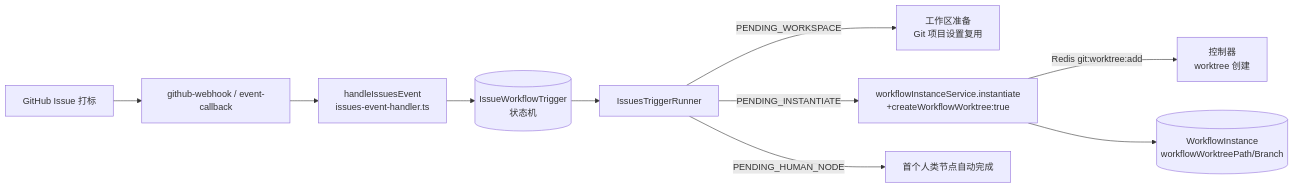
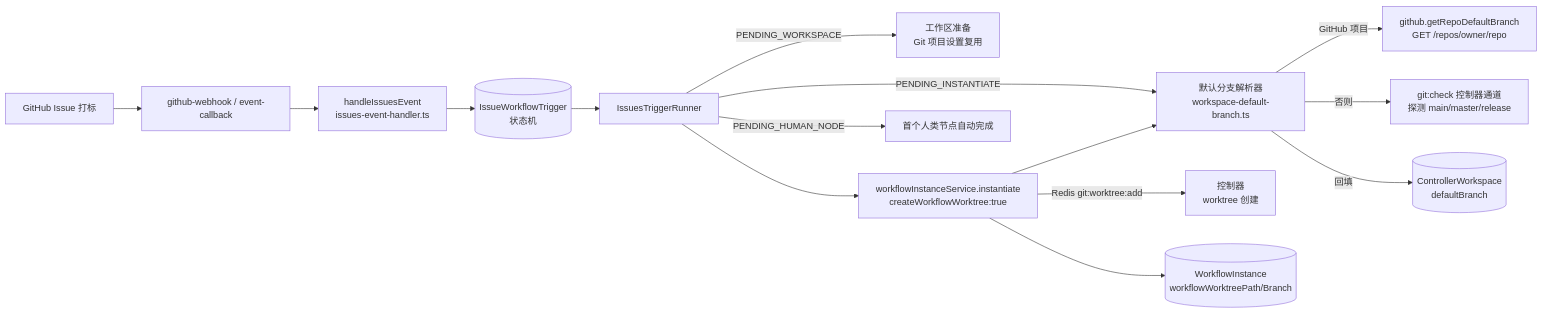
One commit to Deliay/z-agent-gear changed the first of 4 diagrams in docs/engineering/proposals/20261026-fix-issues-workflow-force-worktree.md. Above: the diagram before and after it, drawn with Mermaid. The commit also changed other lines of this file and 3 other files, not shown here.

First line of the commit message:
docs: 按评审意见修订——defaultBranch 缺失改为自动探测回填并修复历史问题

````diff
--- a/docs/engineering/proposals/20261026-fix-issues-workflow-force-worktree.md
+++ b/docs/engineering/proposals/20261026-fix-issues-workflow-force-worktree.md
@@ -52,12 +61,17 @@
 ```mermaid
 flowchart LR
     GH[GitHub Issue 打标] --> WH[github-webhook / event-callback]
     WH --> HDL[handleIssuesEvent<br/>issues-event-handler.ts]
     HDL --> TRG[(IssueWorkflowTrigger<br/>状态机)]
     TRG --> RUN[IssuesTriggerRunner]
     RUN -->|PENDING_WORKSPACE| WS[工作区准备<br/>Git 项目设置复用]
-    RUN -->|PENDING_INSTANTIATE| INST[workflowInstanceService.instantiate<br/>+createWorkflowWorktree:true]
+    RUN -->|PENDING_INSTANTIATE| RES[默认分支解析器<br/>workspace-default-branch.ts]
+    RES -->|GitHub 项目| GAPI[github.getRepoDefaultBranch<br/>GET /repos/owner/repo]
+    RES -->|否则| GC[git:check 控制器通道<br/>探测 main/master/release]
+    RES -->|回填| WSC[(ControllerWorkspace<br/>defaultBranch)]
+    RUN --> INST[workflowInstanceService.instantiate<br/>createWorkflowWorktree:true]
+    INST --> RES
     INST -->|Redis git:worktree:add| CTRL[控制器<br/>worktree 创建]
     INST --> INST2[(WorkflowInstance<br/>workflowWorktreePath/Branch)]
     RUN -->|PENDING_HUMAN_NODE| HN[首个人类节点自动完成]
 ```
````
